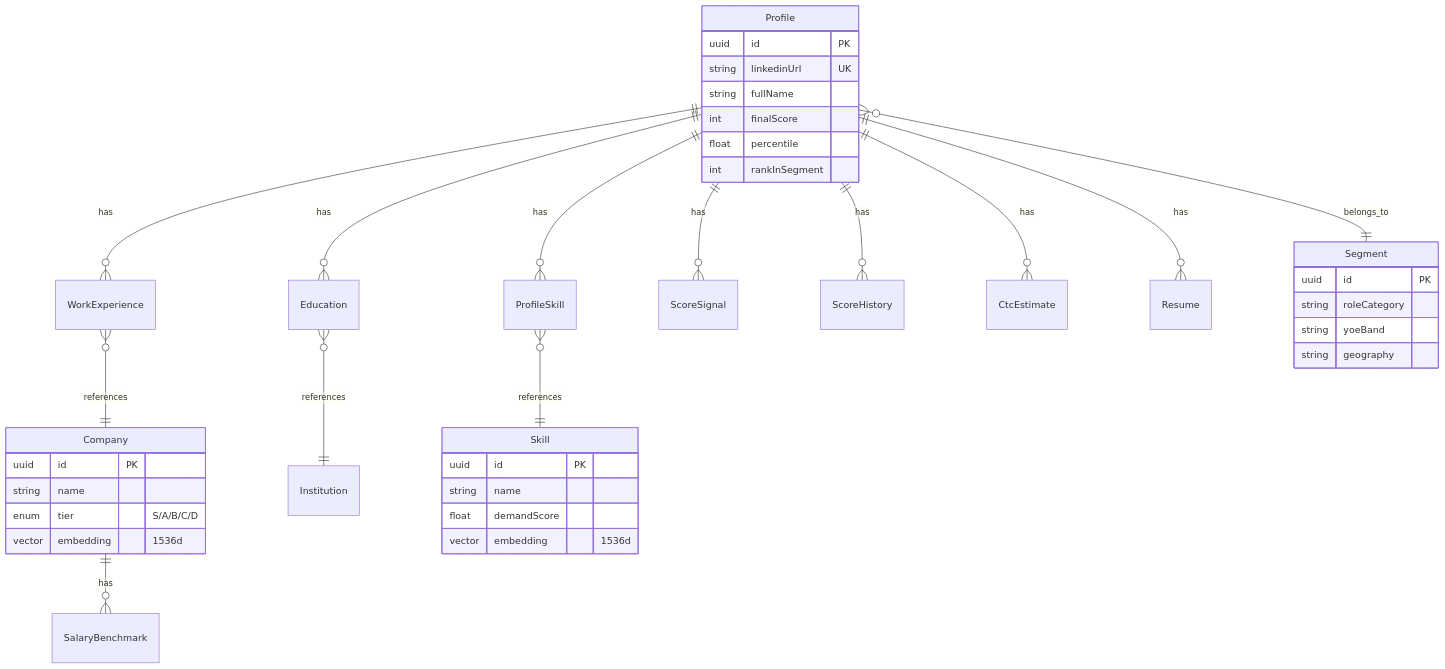
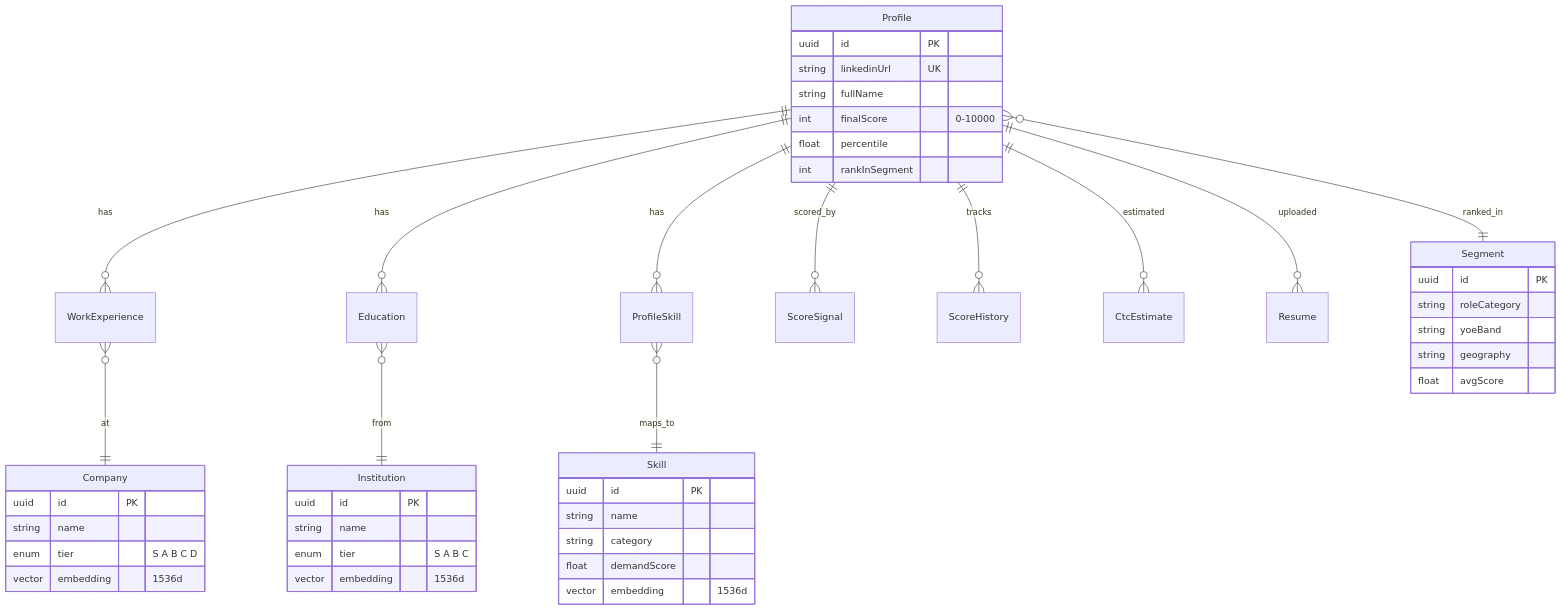
Before and after one commit to Sarthak88-cypher/Server_Scodash: the third of 3 diagrams in README.md, drawn with Mermaid. The commit also changed other lines of this file, not shown here.

First line of the commit message:
docs: improve README with detailed API docs, architecture diagrams, and setup guide

````diff
--- a/README.md
+++ b/README.md
@@ -94,47 +111,54 @@
 ```mermaid
 erDiagram
     Profile ||--o{ WorkExperience : has
     Profile ||--o{ Education : has
     Profile ||--o{ ProfileSkill : has
-    Profile ||--o{ ScoreSignal : has
-    Profile ||--o{ ScoreHistory : has
-    Profile ||--o{ CtcEstimate : has
-    Profile ||--o{ Resume : has
-    Profile }o--|| Segment : belongs_to
+    Profile ||--o{ ScoreSignal : scored_by
+    Profile ||--o{ ScoreHistory : tracks
+    Profile ||--o{ CtcEstimate : estimated
+    Profile ||--o{ Resume : uploaded
+    Profile }o--|| Segment : ranked_in
 
-    WorkExperience }o--|| Company : references
-    Education }o--|| Institution : references
-    ProfileSkill }o--|| Skill : references
-
-    Company ||--o{ SalaryBenchmark : has
+    WorkExperience }o--|| Company : at
+    Education }o--|| Institution : from
+    ProfileSkill }o--|| Skill : maps_to
 
     Profile {
         uuid id PK
         string linkedinUrl UK
         string fullName
-        int finalScore
+        int finalScore "0-10000"
         float percentile
         int rankInSegment
     }
 
     Company {
         uuid id PK
         string name
-        enum tier "S/A/B/C/D"
+        enum tier "S A B C D"
+        vector embedding "1536d"
+    }
+
+    Institution {
+        uuid id PK
+        string name
+        enum tier "S A B C"
         vector embedding "1536d"
     }
 
     Skill {
         uuid id PK
         string name
+        string category
         float demandScore
         vector embedding "1536d"
     }
 
     Segment {
         uuid id PK
         string roleCategory
         string yoeBand
         string geography
+        float avgScore
     }
 ```
````
